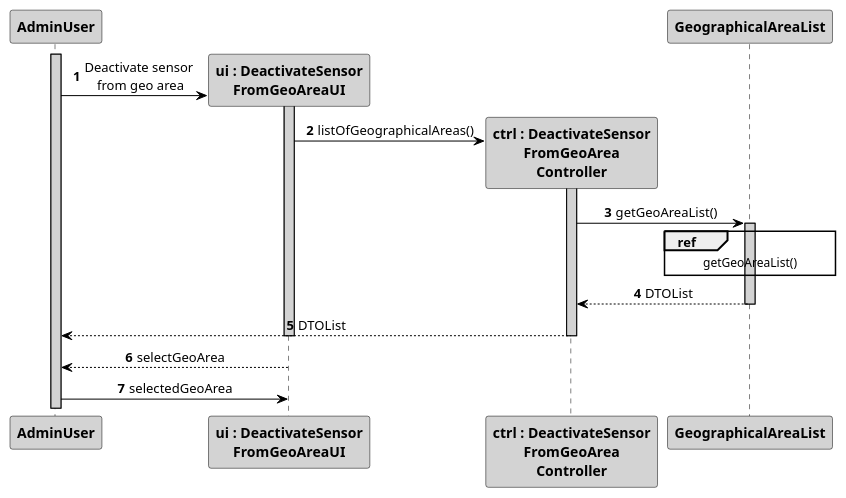
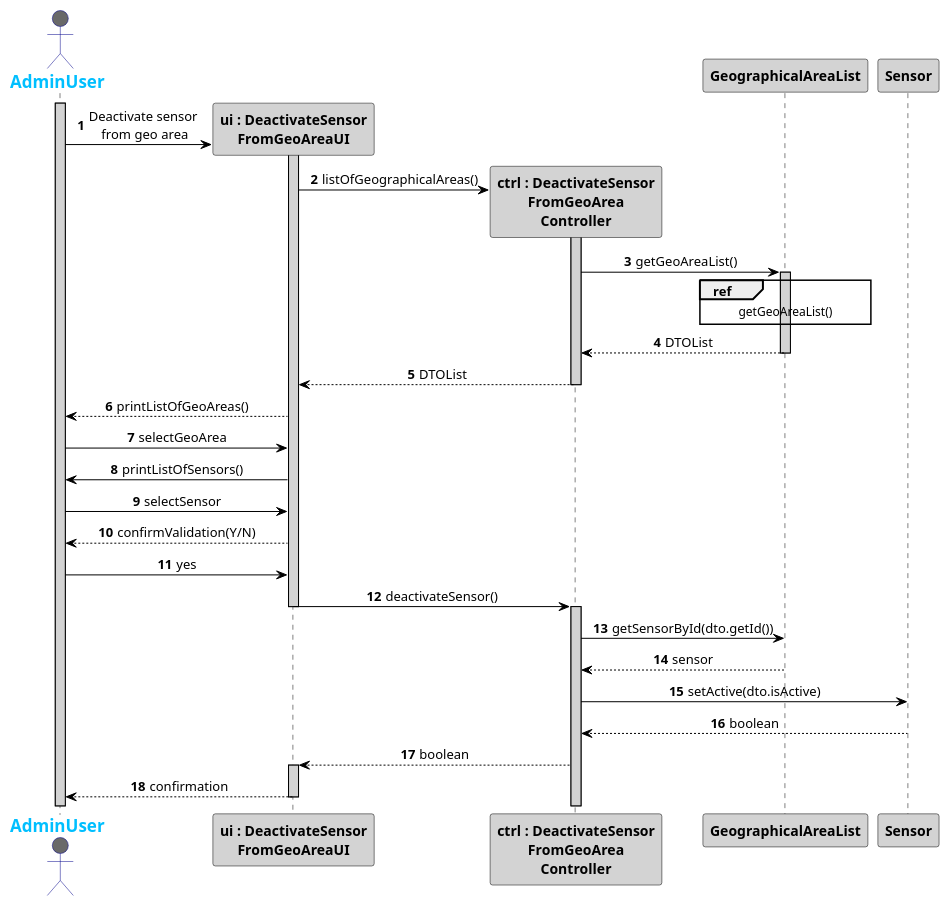
One commit to 1181687/hateoasToy changed the diagram in src/main/java/pt/ipp/isep/dei/project/controllers/deactivatesensorfromgeoarea/SD_DeactivateSensorFromGeoArea.puml. Above: the diagram before and after it, drawn with PlantUML. The commit also changed 3 other files, not shown here.

Commit message:
Addresses #147. More updates to the sequence diagram.

```diff
--- a/src/main/java/pt/ipp/isep/dei/project/controllers/deactivatesensorfromgeoarea/SD_DeactivateSensorFromGeoArea.puml
+++ b/src/main/java/pt/ipp/isep/dei/project/controllers/deactivatesensorfromgeoarea/SD_DeactivateSensorFromGeoArea.puml
@@ -1,50 +1,67 @@
 @startuml
 autonumber
 skinparam sequenceMessageAlign center
 skinparam sequence {
 	ArrowColor Black
 	ActorBorderColor DarkBlue
 	LifeLineBorderColor black
 	LifeLineBackgroundColor LightGrey
 
 	ParticipantBorderColor Black
 	ParticipantBackgroundColor LightGrey
 	ParticipantFontStyle Bold
 
 	ActorBackgroundColor DimGrey
 	ActorFontColor DeepSkyBlue
 	ActorFontStyle Bold
 	ActorFontSize 17
 	ActorFontName Aapex
 }
 
+actor AdminUser
 activate AdminUser
-actor AdminUser
 
 AdminUser -> "ui : DeactivateSensor\nFromGeoAreaUI" **: Deactivate sensor \nfrom geo area
 activate "ui : DeactivateSensor\nFromGeoAreaUI"
 "ui : DeactivateSensor\nFromGeoAreaUI" -> "ctrl : DeactivateSensor\nFromGeoArea\nController" **: listOfGeographicalAreas()
 activate "ctrl : DeactivateSensor\nFromGeoArea\nController"
 
 "ctrl : DeactivateSensor\nFromGeoArea\nController" -> "GeographicalAreaList": getGeoAreaList()
 activate "GeographicalAreaList"
 ref over "GeographicalAreaList"
 getGeoAreaList()
 end
 "GeographicalAreaList" --> "ctrl : DeactivateSensor\nFromGeoArea\nController": DTOList
 deactivate "GeographicalAreaList"
-"ctrl : DeactivateSensor\nFromGeoArea\nController" --> AdminUser: DTOList
+"ctrl : DeactivateSensor\nFromGeoArea\nController" --> "ui : DeactivateSensor\nFromGeoAreaUI": DTOList
+deactivate "ctrl : DeactivateSensor\nFromGeoArea\nController"
+"ui : DeactivateSensor\nFromGeoAreaUI" --> AdminUser : printListOfGeoAreas()
+
+AdminUser -> "ui : DeactivateSensor\nFromGeoAreaUI": selectGeoArea
+"ui : DeactivateSensor\nFromGeoAreaUI" -> AdminUser: printListOfSensors()
+"ui : DeactivateSensor\nFromGeoAreaUI" <- AdminUser: selectSensor
+"ui : DeactivateSensor\nFromGeoAreaUI" --> AdminUser: confirmValidation(Y/N)
+
+AdminUser -> "ui : DeactivateSensor\nFromGeoAreaUI": yes
+
+"ui : DeactivateSensor\nFromGeoAreaUI" -> "ctrl : DeactivateSensor\nFromGeoArea\nController": deactivateSensor()
 deactivate "ui : DeactivateSensor\nFromGeoAreaUI"
-deactivate "ctrl : DeactivateSensor\nFromGeoArea\nController"
-
+activate "ctrl : DeactivateSensor\nFromGeoArea\nController"
+"ctrl : DeactivateSensor\nFromGeoArea\nController" -> "GeographicalAreaList" : getSensorById(dto.getId())
+"GeographicalAreaList" --> "ctrl : DeactivateSensor\nFromGeoArea\nController": sensor
+"ctrl : DeactivateSensor\nFromGeoArea\nController" -> Sensor: setActive(dto.isActive)
+Sensor --> "ctrl : DeactivateSensor\nFromGeoArea\nController": boolean
+"ctrl : DeactivateSensor\nFromGeoArea\nController" --> "ui : DeactivateSensor\nFromGeoAreaUI": boolean
+activate "ui : DeactivateSensor\nFromGeoAreaUI"
+"ui : DeactivateSensor\nFromGeoAreaUI" --> AdminUser: confirmation
 deactivate "ui : DeactivateSensor\nFromGeoAreaUI"
 
 
-"ui : DeactivateSensor\nFromGeoAreaUI" --> AdminUser: selectGeoArea
-deactivate "ui : DeactivateSensor\nFromGeoAreaUI"
-AdminUser -> "ui : DeactivateSensor\nFromGeoAreaUI": selectedGeoArea
+
+
+
 
 
 
 
 @enduml
```
